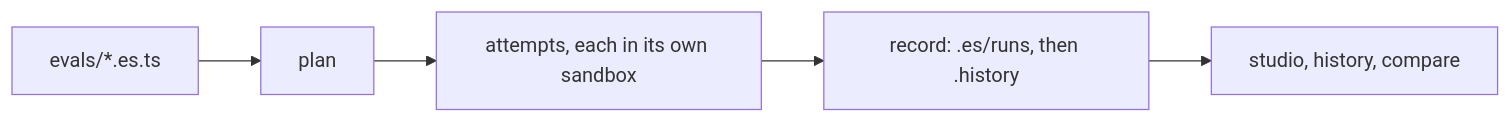
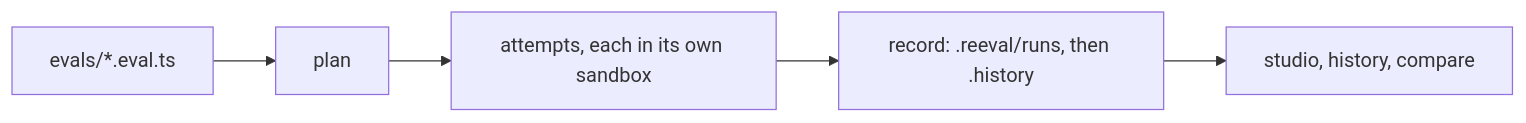
One commit to invertase/reeval changed the diagram in docs/concepts/index.mdx. Above: the diagram before and after it, drawn with Mermaid. The commit also changed other lines of this file and 803 other files, not shown here.

````diff
--- a/docs/concepts/index.mdx
+++ b/docs/concepts/index.mdx
@@ -8,7 +8,7 @@
 ```mermaid
 flowchart LR
-  E["evals/*.es.ts"] --> P[plan]
+  E["evals/*.eval.ts"] --> P[plan]
   P --> A["attempts, each in its own sandbox"]
-  A --> R["record: .es/runs, then .history"]
+  A --> R["record: .reeval/runs, then .history"]
   R --> S["studio, history, compare"]
 ```
````
